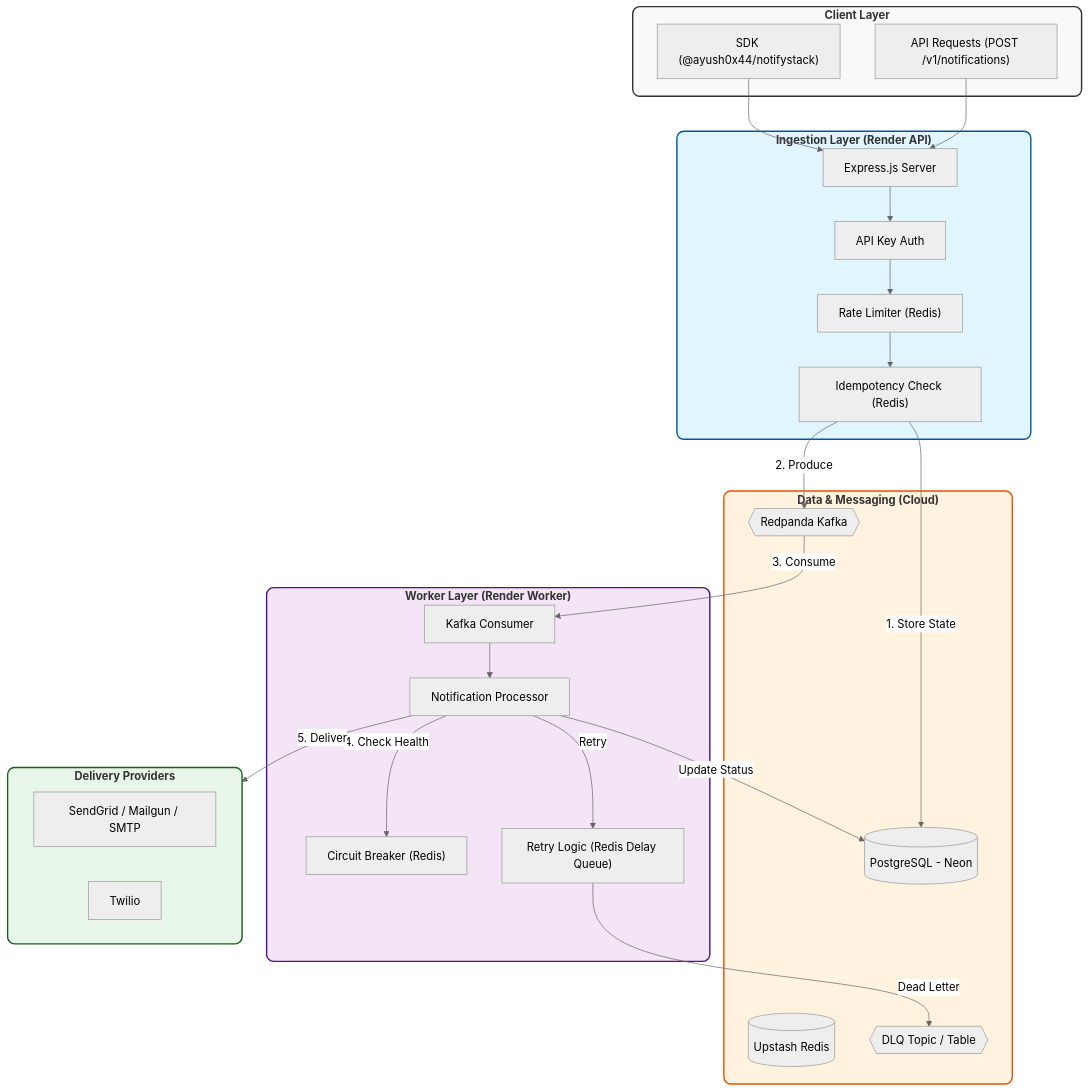
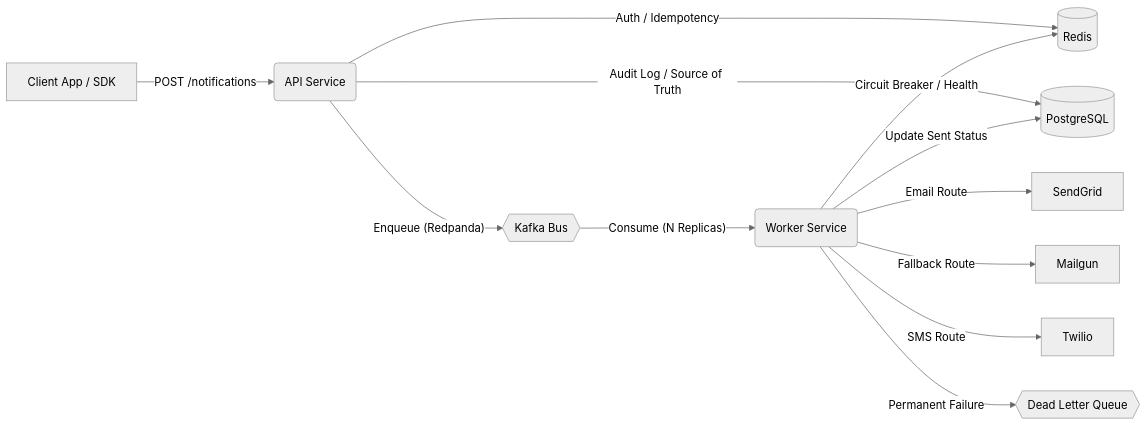
Before and after one commit to ayush462/notificationSaas: the diagram in README.md, drawn with Mermaid (neutral theme). The commit also changed other lines of this file, not shown here.

Commit message:
readme updated

````diff
--- a/README.md
+++ b/README.md
@@ -9,62 +47,19 @@
 ```mermaid
-graph TD
-    subgraph Client ["<b>Client Layer</b>"]
-        SDK["SDK (@ayush0x44/notifystack)"]
-        API_REQ["API Requests (POST /v1/notifications)"]
-    end
-
-    subgraph Ingestion ["<b>Ingestion Layer (Render API)</b>"]
-        Express["Express.js Server"]
-        Auth["API Key Auth"]
-        RateLimit["Rate Limiter (Redis)"]
-        Idempotency["Idempotency Check (Redis)"]
-    end
-
-    subgraph Storage ["<b>Data & Messaging (Cloud)</b>"]
-        Postgres[(PostgreSQL - Neon)]
-        Kafka{{Redpanda Kafka}}
-        Redis[(Upstash Redis)]
-        DLQ_Topic{{DLQ Topic / Table}}
-    end
-
-    subgraph Processing ["<b>Worker Layer (Render Worker)</b>"]
-        Consumer["Kafka Consumer"]
-        Processor["Notification Processor"]
-        CircuitBreaker["Circuit Breaker (Redis)"]
-        RetryLogic["Retry Logic (Redis Delay Queue)"]
-    end
-
-    subgraph Providers ["<b>Delivery Providers</b>"]
-        Email["SendGrid / Mailgun / SMTP"]
-        SMS["Twilio"]
-    end
-
-    %% Flow
-    SDK --> Express
-    API_REQ --> Express
+graph LR
+    Client[Client App / SDK] -- "POST /notifications" --> API(API Service)
     
-    Express --> Auth
-    Auth --> RateLimit
-    RateLimit --> Idempotency
+    API -- "Auth / Idempotency" --> Redis[(Redis)]
+    API -- "Audit Log / Source of Truth" --> DB[(PostgreSQL)]
+    API -- "Enqueue (Redpanda)" --> Kafka{{Kafka Bus}}
     
-    Idempotency -- "1. Store State" --> Postgres
-    Idempotency -- "2. Produce" --> Kafka
+    Kafka -- "Consume (N Replicas)" --> Worker(Worker Service)
     
-    Kafka -- "3. Consume" --> Consumer
-    Consumer --> Processor
+    Worker -- "Circuit Breaker / Health" --> Redis
+    Worker -- "Update Sent Status" --> DB
     
-    Processor -- "4. Check Health" --> CircuitBreaker
-    Processor -- "5. Deliver" --> Providers
+    Worker -- "Email Route" --> SendGrid[SendGrid]
+    Worker -- "Fallback Route" --> Mailgun[Mailgun]
+    Worker -- "SMS Route" --> Twilio[Twilio]
     
-    Processor -- "Retry" --> RetryLogic
-    RetryLogic -- "Dead Letter" --> DLQ_Topic
-    
-    Processor -- "Update Status" --> Postgres
-    
-    %% Styling
-    style Client fill:#f9f9f9,stroke:#333,stroke-width:2px,rx:10,ry:10
-    style Ingestion fill:#e1f5fe,stroke:#01579b,stroke-width:2px,rx:10,ry:10
-    style Storage fill:#fff3e0,stroke:#e65100,stroke-width:2px,rx:10,ry:10
-    style Processing fill:#f3e5f5,stroke:#4a148c,stroke-width:2px,rx:10,ry:10
-    style Providers fill:#e8f5e9,stroke:#1b5e20,stroke-width:2px,rx:10,ry:10
+    Worker -- "Permanent Failure" --> DLQ{{Dead Letter Queue}}
 ```
````
